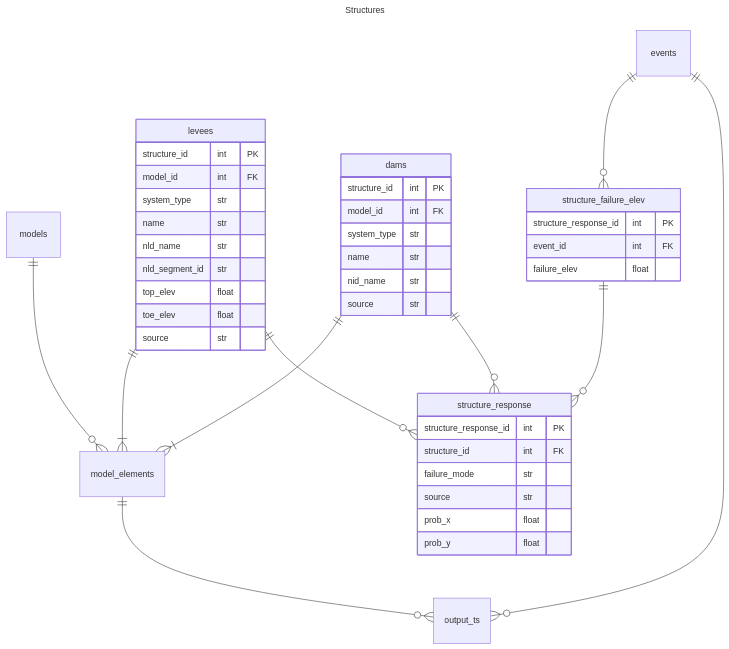
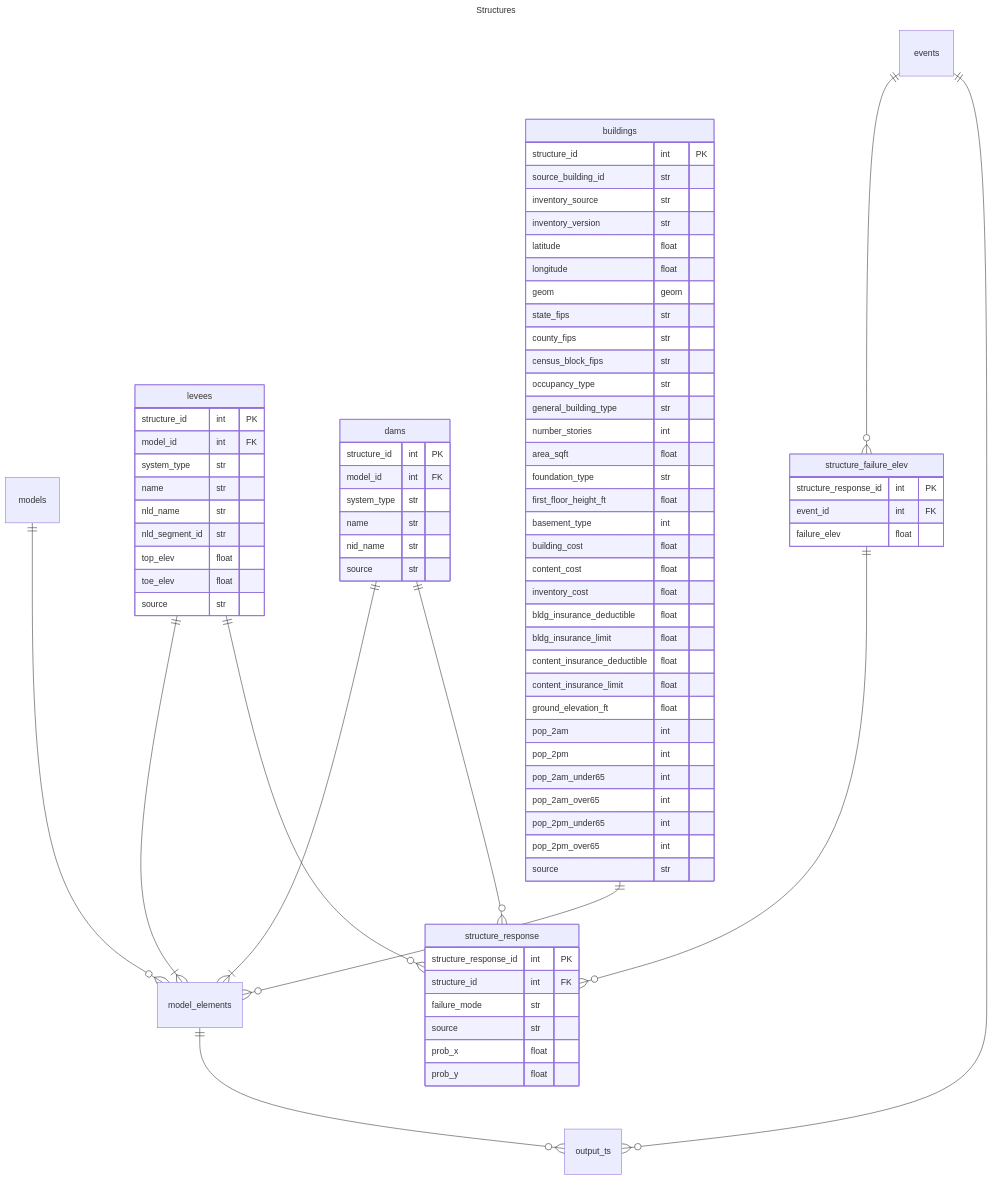
Before and after one commit to fema-ffrd/ffrd-data-model: the diagram in rdb/structures.mmd, drawn with Mermaid. The commit also changed 3 other files, not shown here.

Commit message:
added a buildings schema designed around NSI/Milliman attributes

```diff
--- a/rdb/structures.mmd
+++ b/rdb/structures.mmd
@@ -1,55 +1,91 @@
 ---
 title: Structures
 ---
 
 erDiagram
 
     models ||--o{ model_elements : ""
     events ||--o{ output_ts : ""
     levees ||--o{ structure_response :""
     levees ||--|{ model_elements : ""
     dams ||--o{ structure_response : ""
     dams ||--|{ model_elements : ""
+    buildings ||--o{ model_elements : ""
     model_elements ||--o{ output_ts : ""
     events ||--o{ structure_failure_elev : ""
     structure_failure_elev ||--o{ structure_response : ""
 
     events {
     }
     models{
     }
     model_elements {
     }
 
     levees {
         structure_id int PK
         model_id int FK
         system_type str
         name str
         nld_name str
         nld_segment_id str
         top_elev float
         toe_elev float
         source str
     }
     dams {
         structure_id int PK
         model_id int FK
         system_type str
         name str
         nid_name str
         source str
     }
     structure_response {
         structure_response_id int PK
         structure_id int FK
         failure_mode str
         source str
         prob_x float
         prob_y float
     }
     structure_failure_elev {
         structure_response_id int PK
         event_id int FK
         failure_elev float
     }
+
+    buildings {
+        structure_id int PK
+        source_building_id str
+        inventory_source str
+        inventory_version str
+        latitude float
+        longitude float
+        geom geom
+        state_fips str
+        county_fips str
+        census_block_fips str
+        occupancy_type str
+        general_building_type str
+        number_stories int
+        area_sqft float
+        foundation_type str
+        first_floor_height_ft float
+        basement_type int
+        building_cost float
+        content_cost float
+        inventory_cost float
+        bldg_insurance_deductible float
+        bldg_insurance_limit float
+        content_insurance_deductible float
+        content_insurance_limit float
+        ground_elevation_ft float
+        pop_2am int
+        pop_2pm int
+        pop_2am_under65 int
+        pop_2am_over65 int
+        pop_2pm_under65 int
+        pop_2pm_over65 int
+        source str
+    }
```
